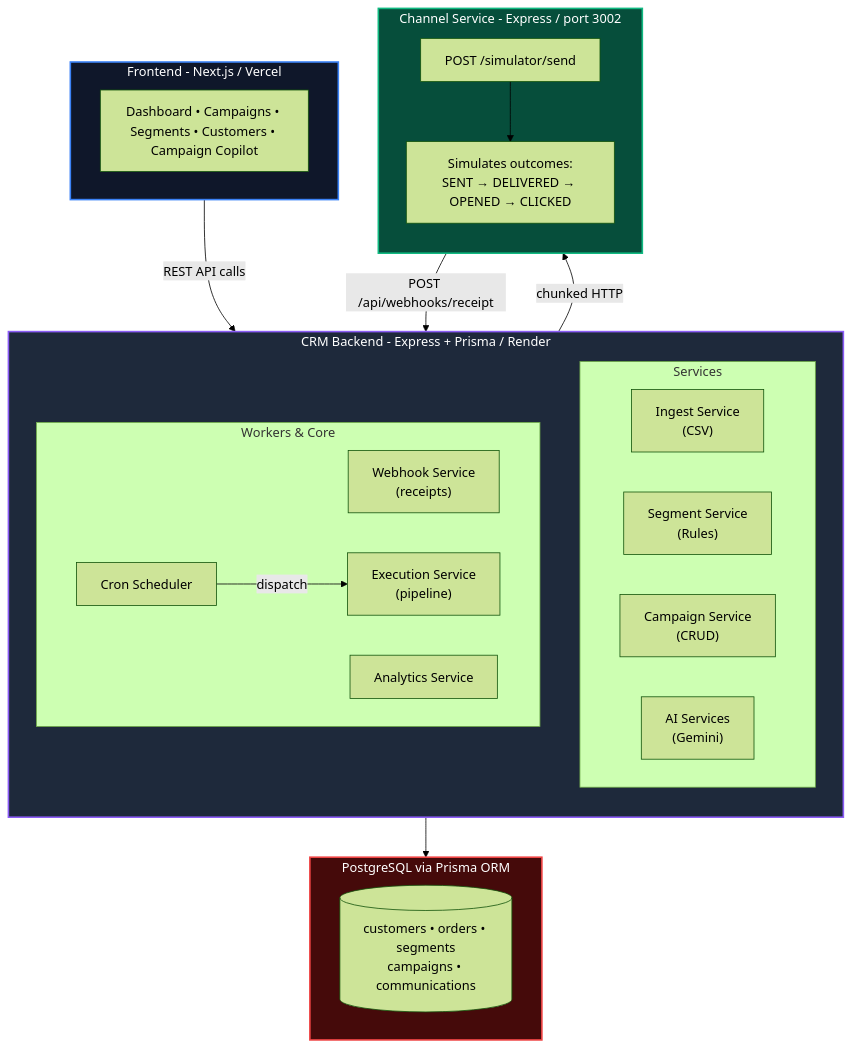
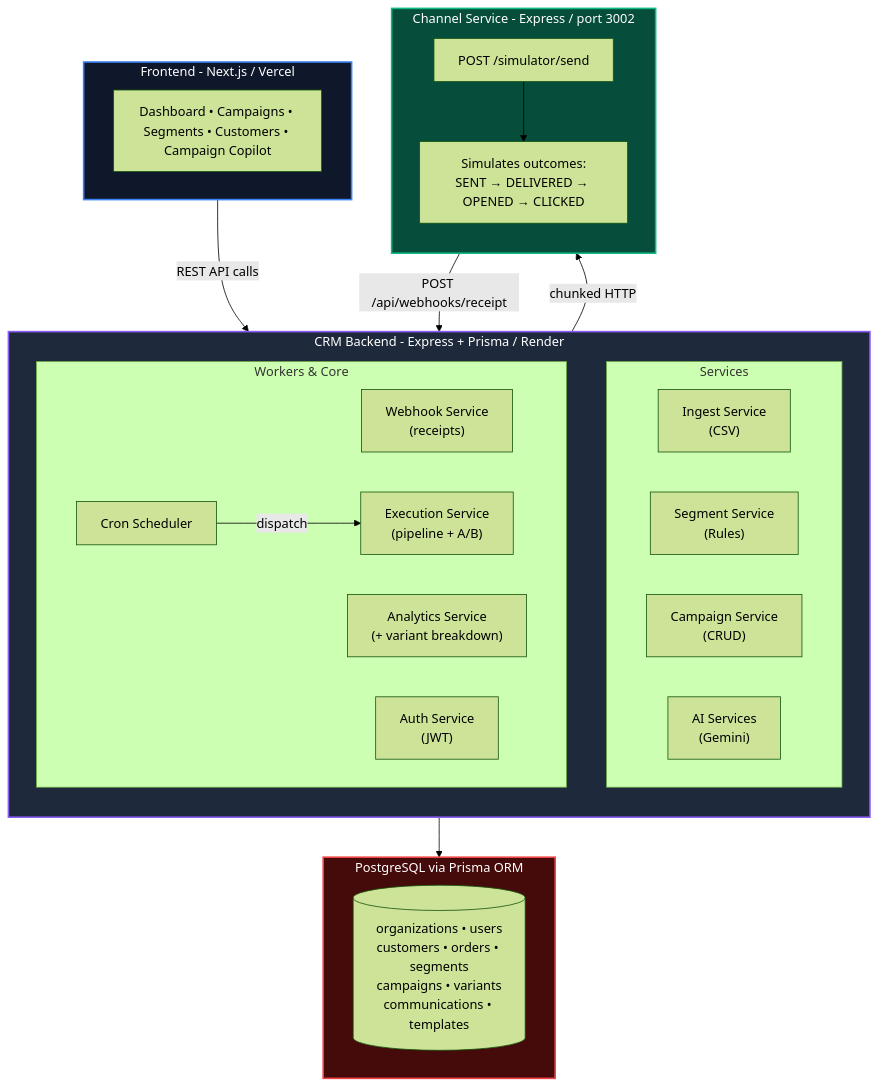
The first of 2 diagrams in README.md (madhav-gfn/Basic-AI-Based-CRM), drawn with Mermaid (forest theme) before and after one commit. The commit also changed other lines of this file and 5 other files, not shown here.

````diff
--- a/README.md
+++ b/README.md
@@ -9,55 +9,56 @@
 ```mermaid
 flowchart TD
     %% Frontend
     subgraph FE[Frontend - Next.js / Vercel]
         UI["Dashboard • Campaigns • Segments • Customers • Campaign Copilot"]
     end
 
     %% CRM Backend
     subgraph BE[CRM Backend - Express + Prisma / Render]
         direction TB
         subgraph Top[Services]
             direction LR
             Ingest["Ingest Service\n(CSV)"]
             Segment["Segment Service\n(Rules)"]
             Campaign["Campaign Service\n(CRUD)"]
             AI["AI Services\n(Gemini)"]
         end
         subgraph Bottom[Workers & Core]
             direction LR
             Webhook["Webhook Service\n(receipts)"]
-            Exec["Execution Service\n(pipeline)"]
-            Analytics["Analytics Service"]
+            Exec["Execution Service\n(pipeline + A/B)"]
+            Analytics["Analytics Service\n(+ variant breakdown)"]
             Cron["Cron Scheduler"]
+            Auth["Auth Service\n(JWT)"]
         end
         Cron -- dispatch --> Exec
     end
 
     %% Channel Service
     subgraph CS[Channel Service - Express / port 3002]
         direction TB
         Simulator["POST /simulator/send"]
         Events["Simulates outcomes:\nSENT → DELIVERED → OPENED → CLICKED"]
         Simulator --> Events
     end
 
     %% Database
     subgraph DB[PostgreSQL via Prisma ORM]
-        Tables[("customers • orders • segments\ncampaigns • communications")]
+        Tables[("organizations • users\ncustomers • orders • segments\ncampaigns • variants\ncommunications • templates")]
     end
 
     FE -- REST API calls --> BE
     Exec -- chunked HTTP --> Simulator
     Events -- POST /api/webhooks/receipt --> Webhook
     BE --> DB
     
     classDef frontend fill:#0f172a,stroke:#3b82f6,stroke-width:2px,color:#fff;
     classDef backend fill:#1e293b,stroke:#8b5cf6,stroke-width:2px,color:#fff;
     classDef external fill:#064e3b,stroke:#10b981,stroke-width:2px,color:#fff;
     classDef database fill:#450a0a,stroke:#ef4444,stroke-width:2px,color:#fff;
     
     class FE frontend;
     class BE backend;
     class CS external;
     class DB database;
 ```
````
